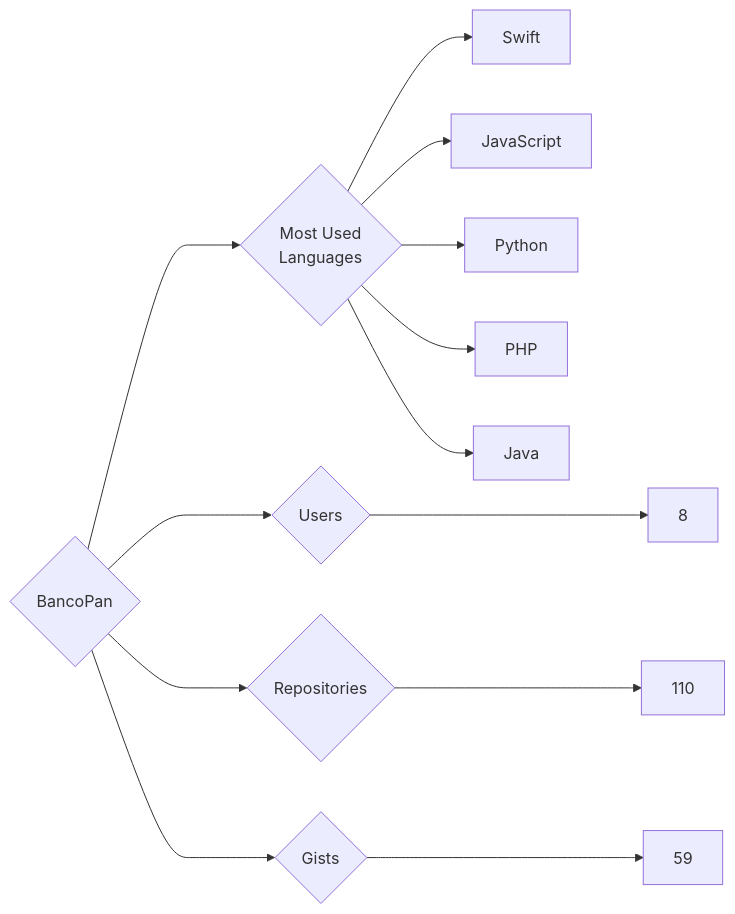
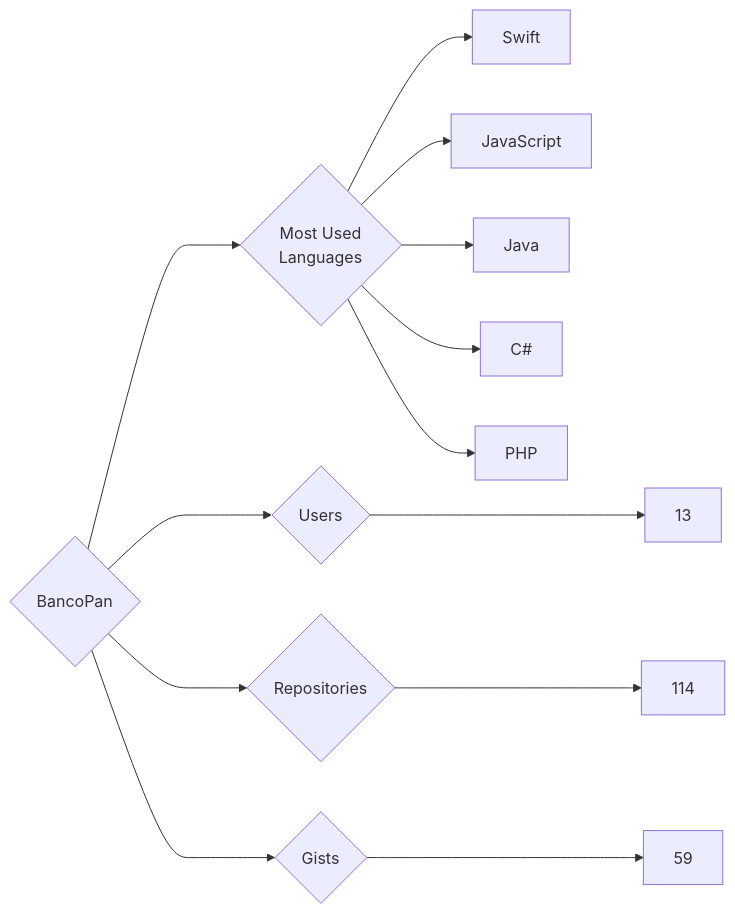
One commit to trickest/insiders changed the diagram in targets/BancoPan/README.md. Above: the diagram before and after it, drawn with Mermaid. The commit also changed 859 other files, not shown here.

````diff
--- a/targets/BancoPan/README.md
+++ b/targets/BancoPan/README.md
@@ -3,13 +3,13 @@
 ```mermaid
 graph LR
 COMPANY_NAME{BancoPan}
-COMPANY_NAME ---> U{Users} ---> UN[8]
-COMPANY_NAME ---> R{Repositories} ---> RN[110]
+COMPANY_NAME ---> U{Users} ---> UN[13]
+COMPANY_NAME ---> R{Repositories} ---> RN[114]
 COMPANY_NAME ---> G{Gists} ---> GN[59]
 COMPANY_NAME ---> ML{Most Used<br>Languages}
 ML --> Swift[Swift]
 ML --> JavaScript[JavaScript]
-ML --> Python[Python]
+ML --> Java[Java]
+ML --> C#[C#]
 ML --> PHP[PHP]
-ML --> Java[Java]
 ```
````
